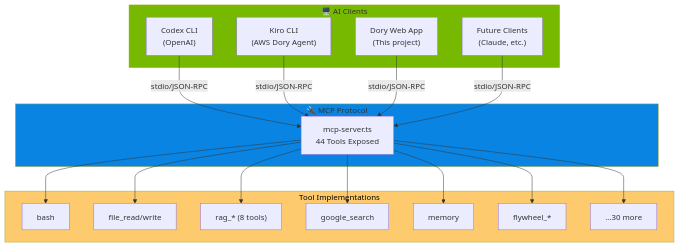
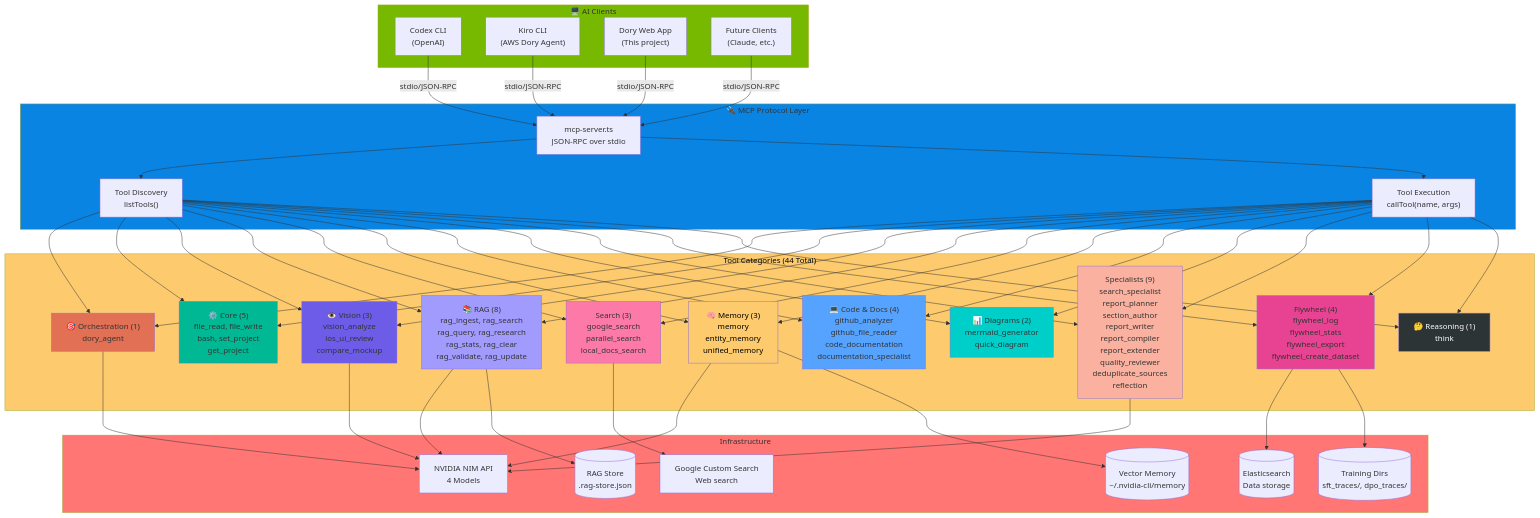
Before and after one commit to caser-legal/nvidia-cli: the eighth of 10 diagrams in README.md, drawn with Mermaid. The commit also changed other lines of this file, not shown here.

First line of the commit message:
docs: enhance README with complete file structure and improved mermaid diagrams

````diff
--- a/README.md
+++ b/README.md
@@ -1441,34 +1626,108 @@
         FUTURE["Future Clients<br/>(Claude, etc.)"]
     end
 
-    subgraph MCP["🔌 MCP Protocol"]
-        SERVER["mcp-server.ts<br/>44 Tools Exposed"]
+    subgraph MCP_Layer["🔌 MCP Protocol Layer"]
+        SERVER["mcp-server.ts<br/>JSON-RPC over stdio"]
+        DISCOVERY["Tool Discovery<br/>listTools()"]
+        EXECUTION["Tool Execution<br/>callTool(name, args)"]
     end
 
-    subgraph Tools[" Tool Implementations"]
-        BASH["bash"]
-        FILE["file_read/write"]
-        RAG["rag_* (8 tools)"]
-        SEARCH["google_search"]
-        MEMORY["memory"]
-        FLYWHEEL["flywheel_*"]
-        MORE["...30 more"]
+    subgraph Tool_Categories[" Tool Categories (44 Total)"]
+        ORCHESTRATION["🎯 Orchestration (1)<br/>dory_agent"]
+        
+        CORE["⚙️ Core (5)<br/>file_read, file_write<br/>bash, set_project<br/>get_project"]
+        
+        VISION["👁️ Vision (3)<br/>vision_analyze<br/>ios_ui_review<br/>compare_mockup"]
+        
+        RAG_TOOLS["📚 RAG (8)<br/>rag_ingest, rag_search<br/>rag_query, rag_research<br/>rag_stats, rag_clear<br/>rag_validate, rag_update"]
+        
+        SEARCH_TOOLS[" Search (3)<br/>google_search<br/>parallel_search<br/>local_docs_search"]
+        
+        MEMORY_TOOLS["🧠 Memory (3)<br/>memory<br/>entity_memory<br/>unified_memory"]
+        
+        CODE_TOOLS["💻 Code & Docs (4)<br/>github_analyzer<br/>github_file_reader<br/>code_documentation<br/>documentation_specialist"]
+        
+        DIAGRAM_TOOLS["📊 Diagrams (2)<br/>mermaid_generator<br/>quick_diagram"]
+        
+        SPECIALIST_TOOLS[" Specialists (9)<br/>search_specialist<br/>report_planner<br/>section_author<br/>report_writer<br/>report_compiler<br/>report_extender<br/>quality_reviewer<br/>deduplicate_sources<br/>reflection"]
+        
+        FLYWHEEL_TOOLS[" Flywheel (4)<br/>flywheel_log<br/>flywheel_stats<br/>flywheel_export<br/>flywheel_create_dataset"]
+        
+        REASONING["🤔 Reasoning (1)<br/>think"]
     end
 
+    subgraph Infrastructure[" Infrastructure"]
+        NVIDIA_API["NVIDIA NIM API<br/>4 Models"]
+        GOOGLE_API["Google Custom Search<br/>Web search"]
+        ES_DB[("Elasticsearch<br/>Data storage")]
+        VECTOR_MEM[("Vector Memory<br/>~/.nvidia-cli/memory")]
+        RAG_STORE[("RAG Store<br/>.rag-store.json")]
+        TRAINING_DIRS[("Training Dirs<br/>sft_traces/, dpo_traces/")]
+    end
+
+    %% Client connections
     CODEX -->|"stdio/JSON-RPC"| SERVER
     KIRO -->|"stdio/JSON-RPC"| SERVER
     DORY -->|"stdio/JSON-RPC"| SERVER
     FUTURE -->|"stdio/JSON-RPC"| SERVER
 
-    SERVER --> BASH
-    SERVER --> FILE
-    SERVER --> RAG
-    SERVER --> SEARCH
-    SERVER --> MEMORY
-    SERVER --> FLYWHEEL
-    SERVER --> MORE
+    %% MCP Layer
+    SERVER --> DISCOVERY
+    SERVER --> EXECUTION
+    
+    %% Tool routing
+    DISCOVERY --> ORCHESTRATION
+    DISCOVERY --> CORE
+    DISCOVERY --> VISION
+    DISCOVERY --> RAG_TOOLS
+    DISCOVERY --> SEARCH_TOOLS
+    DISCOVERY --> MEMORY_TOOLS
+    DISCOVERY --> CODE_TOOLS
+    DISCOVERY --> DIAGRAM_TOOLS
+    DISCOVERY --> SPECIALIST_TOOLS
+    DISCOVERY --> FLYWHEEL_TOOLS
+    DISCOVERY --> REASONING
+    
+    EXECUTION --> ORCHESTRATION
+    EXECUTION --> CORE
+    EXECUTION --> VISION
+    EXECUTION --> RAG_TOOLS
+    EXECUTION --> SEARCH_TOOLS
+    EXECUTION --> MEMORY_TOOLS
+    EXECUTION --> CODE_TOOLS
+    EXECUTION --> DIAGRAM_TOOLS
+    EXECUTION --> SPECIALIST_TOOLS
+    EXECUTION --> FLYWHEEL_TOOLS
+    EXECUTION --> REASONING
 
+    %% Infrastructure connections
+    ORCHESTRATION --> NVIDIA_API
+    VISION --> NVIDIA_API
+    RAG_TOOLS --> NVIDIA_API
+    MEMORY_TOOLS --> NVIDIA_API
+    SPECIALIST_TOOLS --> NVIDIA_API
+    
+    SEARCH_TOOLS --> GOOGLE_API
+    
+    FLYWHEEL_TOOLS --> ES_DB
+    RAG_TOOLS --> RAG_STORE
+    MEMORY_TOOLS --> VECTOR_MEM
+    FLYWHEEL_TOOLS --> TRAINING_DIRS
+
+    %% Styling
     style Clients fill:#76b900
-    style MCP fill:#0984e3
-    style Tools fill:#fdcb6e,color:#000
+    style MCP_Layer fill:#0984e3
+    style Tool_Categories fill:#fdcb6e,color:#000
+    style Infrastructure fill:#ff7675
+    style ORCHESTRATION fill:#e17055
+    style CORE fill:#00b894
+    style VISION fill:#6c5ce7
+    style RAG_TOOLS fill:#a29bfe
+    style SEARCH_TOOLS fill:#fd79a8
+    style MEMORY_TOOLS fill:#fdcb6e,color:#000
+    style CODE_TOOLS fill:#55a3ff
+    style DIAGRAM_TOOLS fill:#00cec9
+    style SPECIALIST_TOOLS fill:#fab1a0
+    style FLYWHEEL_TOOLS fill:#e84393
+    style REASONING fill:#2d3436,color:#fff
 ```
````
